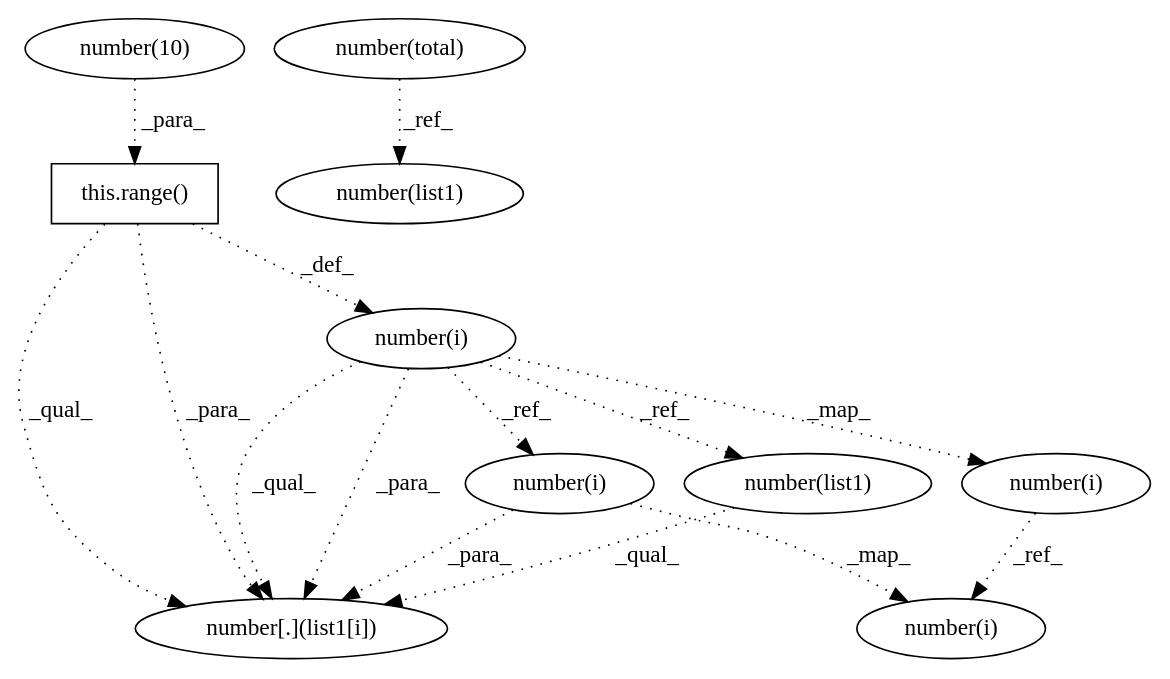
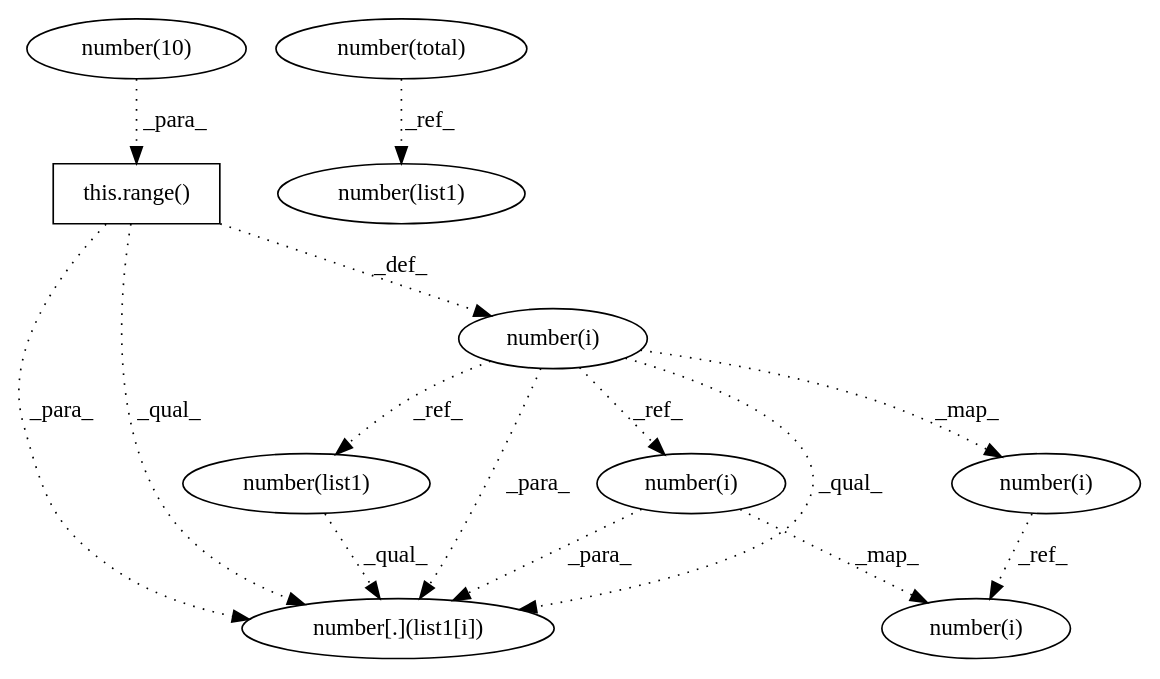
Before and after one commit to maldil/R-CPATMiner: the diagram in AtomicASTChangeMining/OUTPUT/DEBUG/3b2af7b5ba71f175d0b00e775ca8dcbc8e330c15___0.dot, drawn with Graphviz. The commit also changed 75 other files, not shown here.

```diff
--- a/AtomicASTChangeMining/OUTPUT/DEBUG/3b2af7b5ba71f175d0b00e775ca8dcbc8e330c15___0.dot
+++ b/AtomicASTChangeMining/OUTPUT/DEBUG/3b2af7b5ba71f175d0b00e775ca8dcbc8e330c15___0.dot
@@ -1,26 +1,26 @@
 digraph G {
-1 [label="number[.](list1[i])" shape=ellipse]
-2 [label="number(list1)" shape=ellipse]
-3 [label="number(i)" shape=ellipse]
-4 [label="number(total)" shape=ellipse]
-5 [label="number(i)" shape=ellipse]
-6 [label="number(i)" shape=ellipse]
-7 [label="number(10)" shape=ellipse]
-8 [label="number(i)" shape=ellipse]
-9 [label="number(list1)" shape=ellipse]
-10 [label="this.range()" shape=box]
-2 -> 1 [label="_qual_" style=dotted];
-6 -> 1 [label="_para_" style=dotted];
-8 -> 1 [label="_qual_" style=dotted];
-10 -> 1 [label="_qual_" style=dotted];
-8 -> 1 [label="_para_" style=dotted];
-10 -> 1 [label="_para_" style=dotted];
-8 -> 2 [label="_ref_" style=dotted];
-5 -> 3 [label="_ref_" style=dotted];
-6 -> 3 [label="_map_" style=dotted];
-8 -> 5 [label="_map_" style=dotted];
+1 [label="number(list1)" shape=ellipse]
+2 [label="number(i)" shape=ellipse]
+3 [label="number[.](list1[i])" shape=ellipse]
+4 [label="number(i)" shape=ellipse]
+5 [label="number(10)" shape=ellipse]
+6 [label="number(list1)" shape=ellipse]
+7 [label="this.range()" shape=box]
+8 [label="number(total)" shape=ellipse]
+9 [label="number(i)" shape=ellipse]
+10 [label="number(i)" shape=ellipse]
+9 -> 1 [label="_ref_" style=dotted];
+4 -> 2 [label="_ref_" style=dotted];
+10 -> 2 [label="_map_" style=dotted];
+1 -> 3 [label="_qual_" style=dotted];
+10 -> 3 [label="_para_" style=dotted];
+9 -> 3 [label="_para_" style=dotted];
+7 -> 3 [label="_para_" style=dotted];
+9 -> 3 [label="_qual_" style=dotted];
+7 -> 3 [label="_qual_" style=dotted];
+9 -> 4 [label="_map_" style=dotted];
 8 -> 6 [label="_ref_" style=dotted];
-10 -> 8 [label="_def_" style=dotted];
-4 -> 9 [label="_ref_" style=dotted];
-7 -> 10 [label="_para_" style=dotted];
+5 -> 7 [label="_para_" style=dotted];
+7 -> 9 [label="_def_" style=dotted];
+9 -> 10 [label="_ref_" style=dotted];
 }
```
